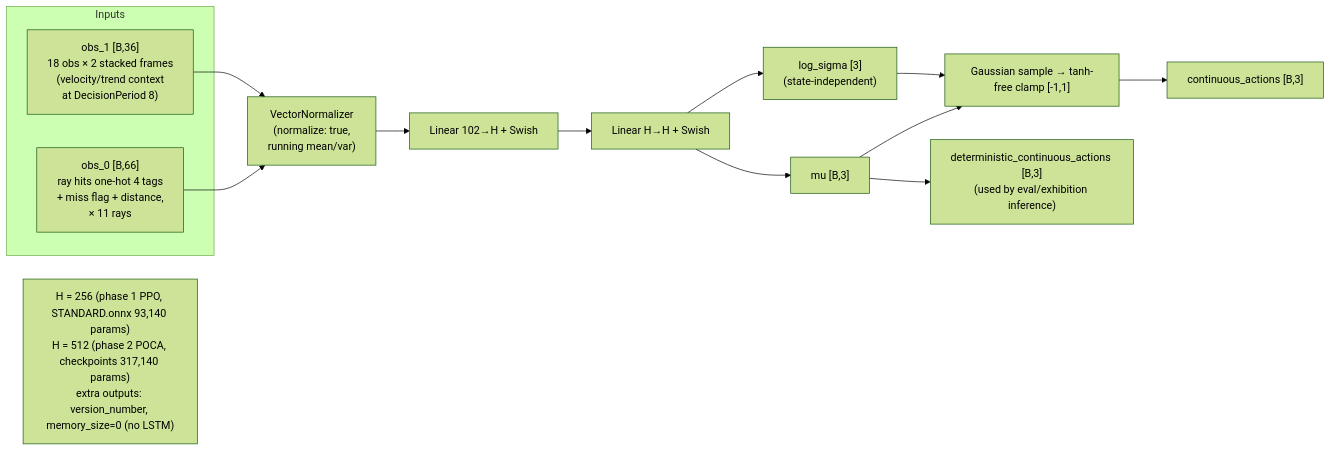
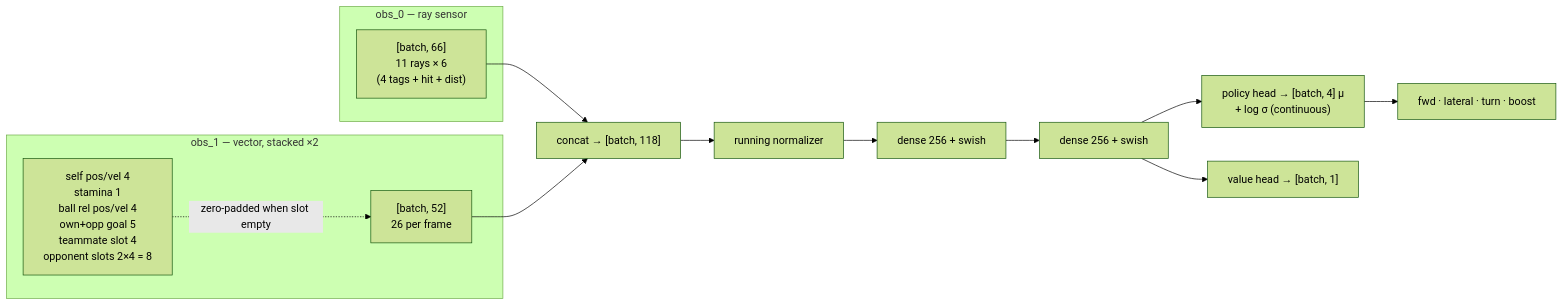
The fourth of 12 diagrams in docs/architecture.md (punkouter26/PoSoccer), drawn with Mermaid (forest theme) before and after one commit. The commit also changed other lines of this file and 20 other files, not shown here.

First line of the commit message:
UNITY_DOCS: wipe docs/ and regenerate the diagram + report suite

````diff
--- a/docs/architecture.md
+++ b/docs/architecture.md
@@ -58,18 +77,19 @@
 ```mermaid
 flowchart LR
-    subgraph Inputs
-        O0["obs_0 [B,66]\nray hits one-hot 4 tags\n+ miss flag + distance,\n× 11 rays"]
-        O1["obs_1 [B,36]\n18 obs × 2 stacked frames\n(velocity/trend context\nat DecisionPeriod 8)"]
+    subgraph obs_0["obs_0 — ray sensor"]
+      R1["[batch, 66]<br/>11 rays × 6<br/>(4 tags + hit + dist)"]
     end
-    O0 --> NRM["VectorNormalizer\n(normalize: true,\nrunning mean/var)"]
-    O1 --> NRM
-    NRM --> H1["Linear 102→H + Swish"]
-    H1 --> H2["Linear H→H + Swish"]
-    H2 --> MU["mu [B,3]"]
-    H2 --> SIG["log_sigma [3]\n(state-independent)"]
-    MU --> SAMPLE["Gaussian sample → tanh-free clamp [-1,1]"]
-    SIG --> SAMPLE
-    SAMPLE --> OUT1["continuous_actions [B,3]"]
-    MU --> OUT2["deterministic_continuous_actions [B,3]\n(used by eval/exhibition inference)"]
-    NOTE["H = 256 (phase 1 PPO, STANDARD.onnx 93,140 params)\nH = 512 (phase 2 POCA, checkpoints 317,140 params)\nextra outputs: version_number, memory_size=0 (no LSTM)"]
+    subgraph obs_1["obs_1 — vector, stacked ×2"]
+      V1["[batch, 52]<br/>26 per frame"]
+      V2["self pos/vel 4<br/>stamina 1<br/>ball rel pos/vel 4<br/>own+opp goal 5<br/>teammate slot 4<br/>opponent slots 2×4 = 8"]
+    end
+    R1 --> CAT["concat → [batch, 118]"]
+    V1 --> CAT
+    V2 -.->|zero-padded when slot empty| V1
+    CAT --> NORM["running normalizer"]
+    NORM --> L1["dense 256 + swish"]
+    L1 --> L2["dense 256 + swish"]
+    L2 --> PI["policy head → [batch, 4] μ<br/>+ log σ (continuous)"]
+    L2 --> VF["value head → [batch, 1]"]
+    PI --> ACT["fwd · lateral · turn · boost"]
 ```
````
